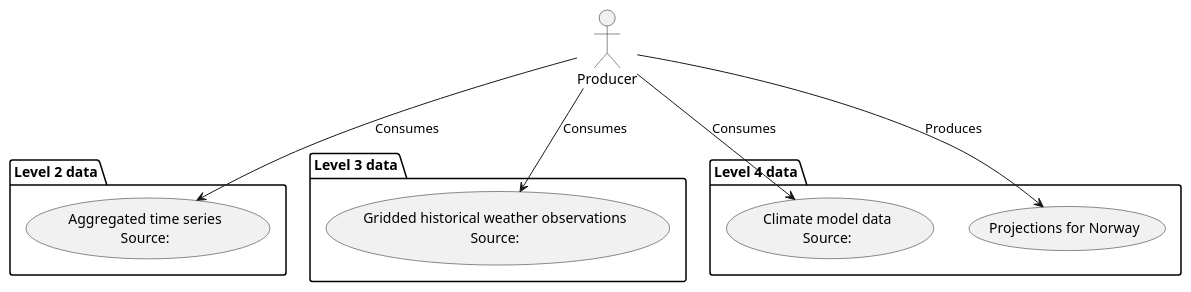
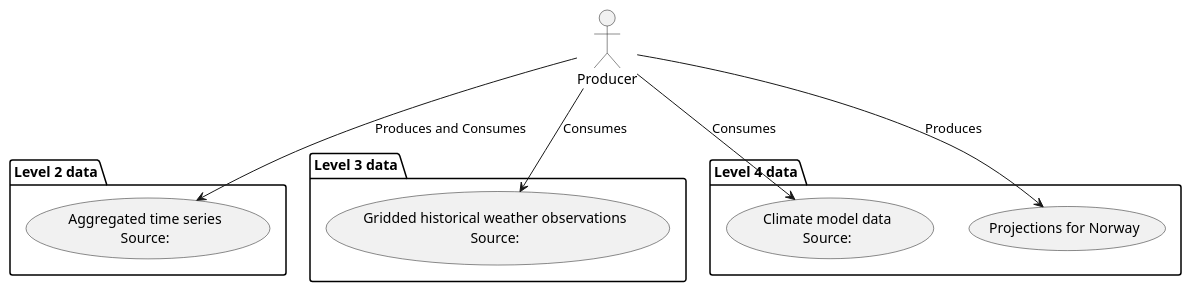
Before and after one commit to metno/S-ENDA-documentation: the diagram in source/air_temperature_projection_producer.puml, drawn with PlantUML.

Commit message:
fix climate producer diagram

```diff
--- a/source/air_temperature_projection_producer.puml
+++ b/source/air_temperature_projection_producer.puml
@@ -1,22 +1,22 @@
 @startuml
 
 package "Level 2 data" as L2 {
   (Aggregated time series\nSource:) as (CD2)
 }
 package "Level 3 data" as L3 {
   (Gridded historical weather observations\nSource:) as (CD3)
 }
 
 package "Level 4 data" as L4 {
   (Climate model data\nSource:) as (CD4)
   (Projections for Norway) as NK 
 }
 
 actor "Producer" as Producer
 
-Producer --> (CD2) : Consumes
+Producer --> (CD2) : Produces and Consumes
 Producer --> (CD3) : Consumes
 Producer --> (CD4) : Consumes
 Producer --> (NK)  : Produces
 
 @enduml
```
